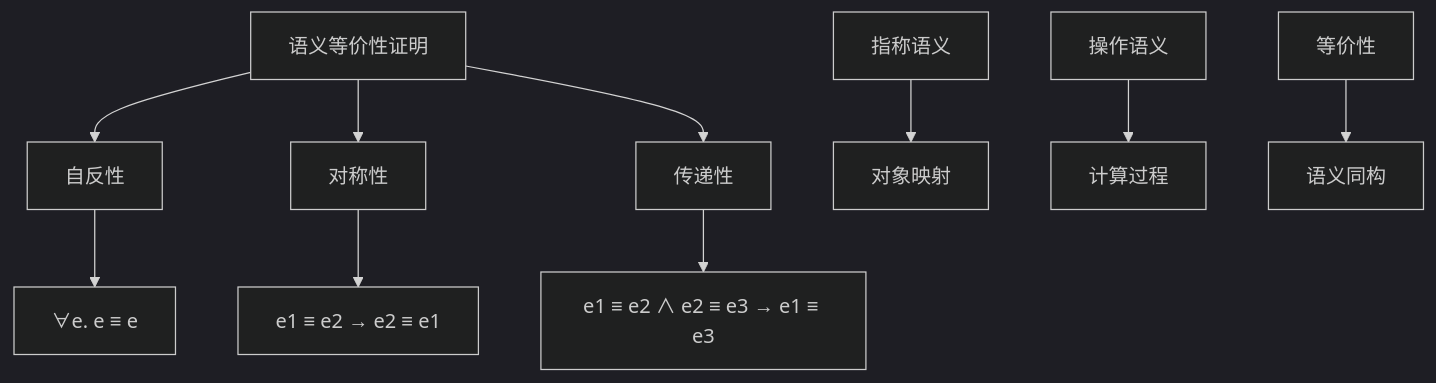
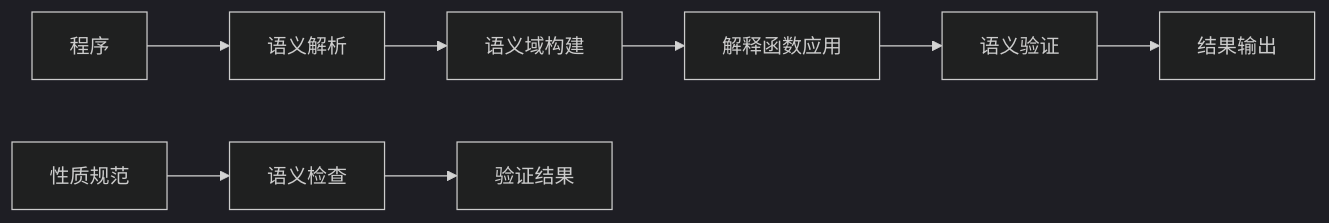
The second of 2 diagrams in docs/08-形式化证明/04-形式化语义.md (AdaMartin18010/GraphNetWorkCommunicate), drawn with Mermaid (dark theme) before and after one commit. The commit also changed other lines of this file and 13 other files, not shown here.

````diff
--- a/docs/08-形式化证明/04-形式化语义.md
+++ b/docs/08-形式化证明/04-形式化语义.md
@@ -1167,14 +814,11 @@
 ```mermaid
-graph TD
-    A[语义等价性证明] --> B[自反性]
-    A --> C[对称性]
-    A --> D[传递性]
+flowchart LR
+    A[程序] --> B[语义解析]
+    B --> C[语义域构建]
+    C --> D[解释函数应用]
+    D --> E[语义验证]
+    E --> F[结果输出]
     
-    B --> E[∀e. e ≡ e]
-    C --> F[e1 ≡ e2 → e2 ≡ e1]
-    D --> G[e1 ≡ e2 ∧ e2 ≡ e3 → e1 ≡ e3]
-    
-    H[指称语义] --> I[对象映射]
-    J[操作语义] --> K[计算过程]
-    L[等价性] --> M[语义同构]
+    G[性质规范] --> H[语义检查]
+    H --> I[验证结果]
 ```
````
